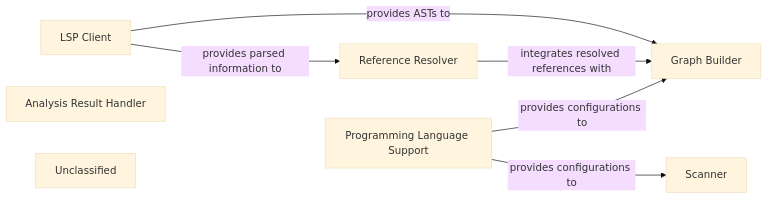
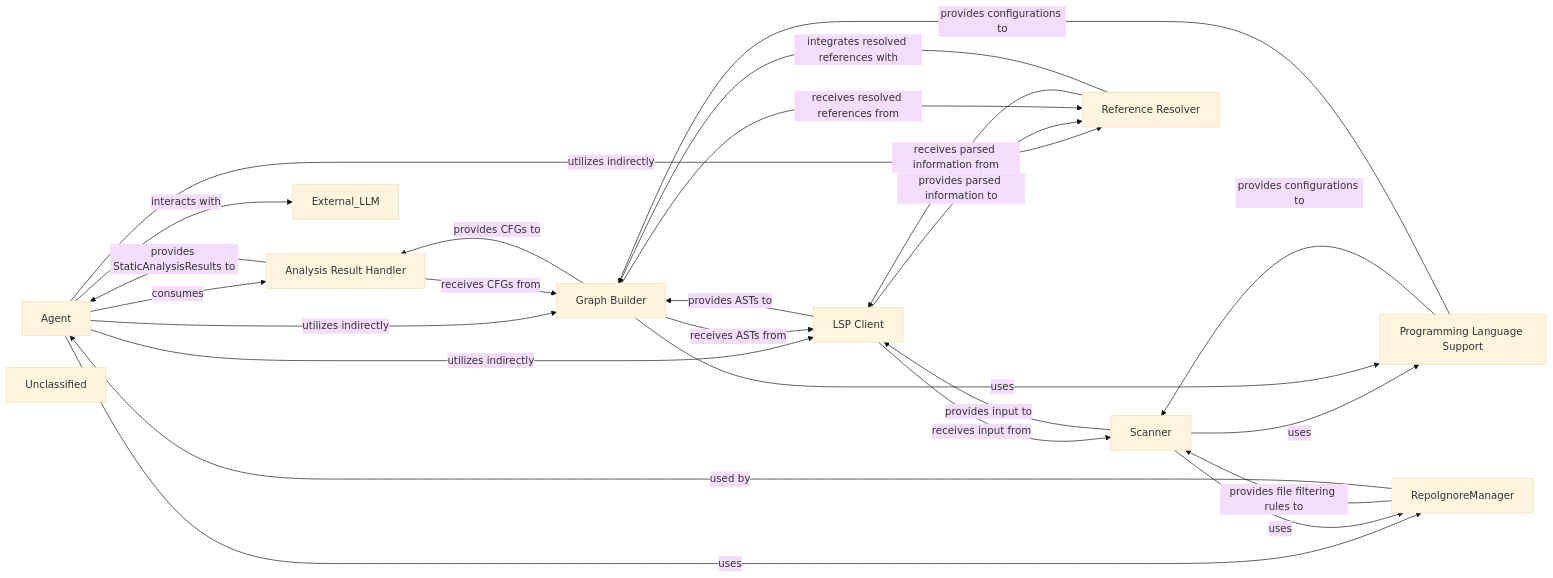
Before and after one commit to CodeBoarding/CodeBoarding: the diagram in .codeboarding/Static_Analysis_Engine.md, drawn with Mermaid (base theme). The commit also changed other lines of this file and 17 other files, not shown here.

First line of the commit message:
docs: update codeboarding documentation and generate architecture

````diff
--- a/.codeboarding/Static_Analysis_Engine.md
+++ b/.codeboarding/Static_Analysis_Engine.md
@@ -1,16 +1,37 @@
 ```mermaid
 graph LR
+    Agent["Agent"]
     Scanner["Scanner"]
     LSP_Client["LSP Client"]
     Reference_Resolver["Reference Resolver"]
     Graph_Builder["Graph Builder"]
     Programming_Language_Support["Programming Language Support"]
     Analysis_Result_Handler["Analysis Result Handler"]
+    RepoIgnoreManager["RepoIgnoreManager"]
     Unclassified["Unclassified"]
-    Unclassified["Unclassified"]
+    Agent -- "consumes" --> Analysis_Result_Handler
+    Agent -- "utilizes indirectly" --> LSP_Client
+    Agent -- "utilizes indirectly" --> Reference_Resolver
+    Agent -- "utilizes indirectly" --> Graph_Builder
+    Agent -- "interacts with" --> External_LLM
+    Agent -- "uses" --> RepoIgnoreManager
+    Scanner -- "provides input to" --> LSP_Client
+    Scanner -- "uses" --> Programming_Language_Support
+    Scanner -- "uses" --> RepoIgnoreManager
+    LSP_Client -- "receives input from" --> Scanner
+    LSP_Client -- "provides ASTs to" --> Graph_Builder
     LSP_Client -- "provides parsed information to" --> Reference_Resolver
-    LSP_Client -- "provides ASTs to" --> Graph_Builder
+    Reference_Resolver -- "receives parsed information from" --> LSP_Client
     Reference_Resolver -- "integrates resolved references with" --> Graph_Builder
+    Graph_Builder -- "receives ASTs from" --> LSP_Client
+    Graph_Builder -- "receives resolved references from" --> Reference_Resolver
+    Graph_Builder -- "uses" --> Programming_Language_Support
+    Graph_Builder -- "provides CFGs to" --> Analysis_Result_Handler
     Programming_Language_Support -- "provides configurations to" --> Scanner
     Programming_Language_Support -- "provides configurations to" --> Graph_Builder
+    Analysis_Result_Handler -- "receives CFGs from" --> Graph_Builder
+    Analysis_Result_Handler -- "provides StaticAnalysisResults to" --> Agent
+    RepoIgnoreManager -- "provides file filtering rules to" --> Scanner
+    RepoIgnoreManager -- "used by" --> Agent
+    click Agent href "https://github.com/CodeBoarding/CodeBoarding/blob/main/.codeboarding/Agent.md" "Details"
 ```
````
